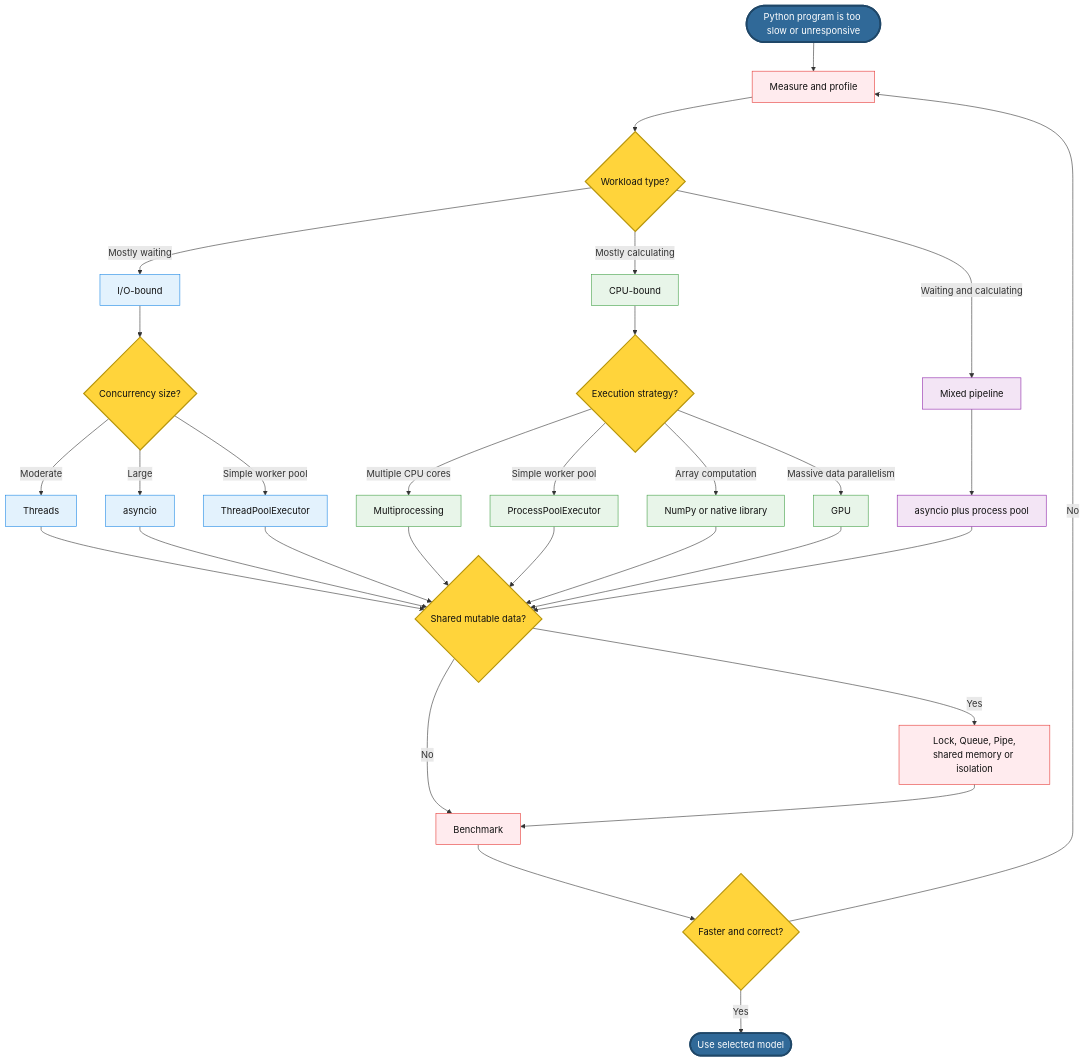
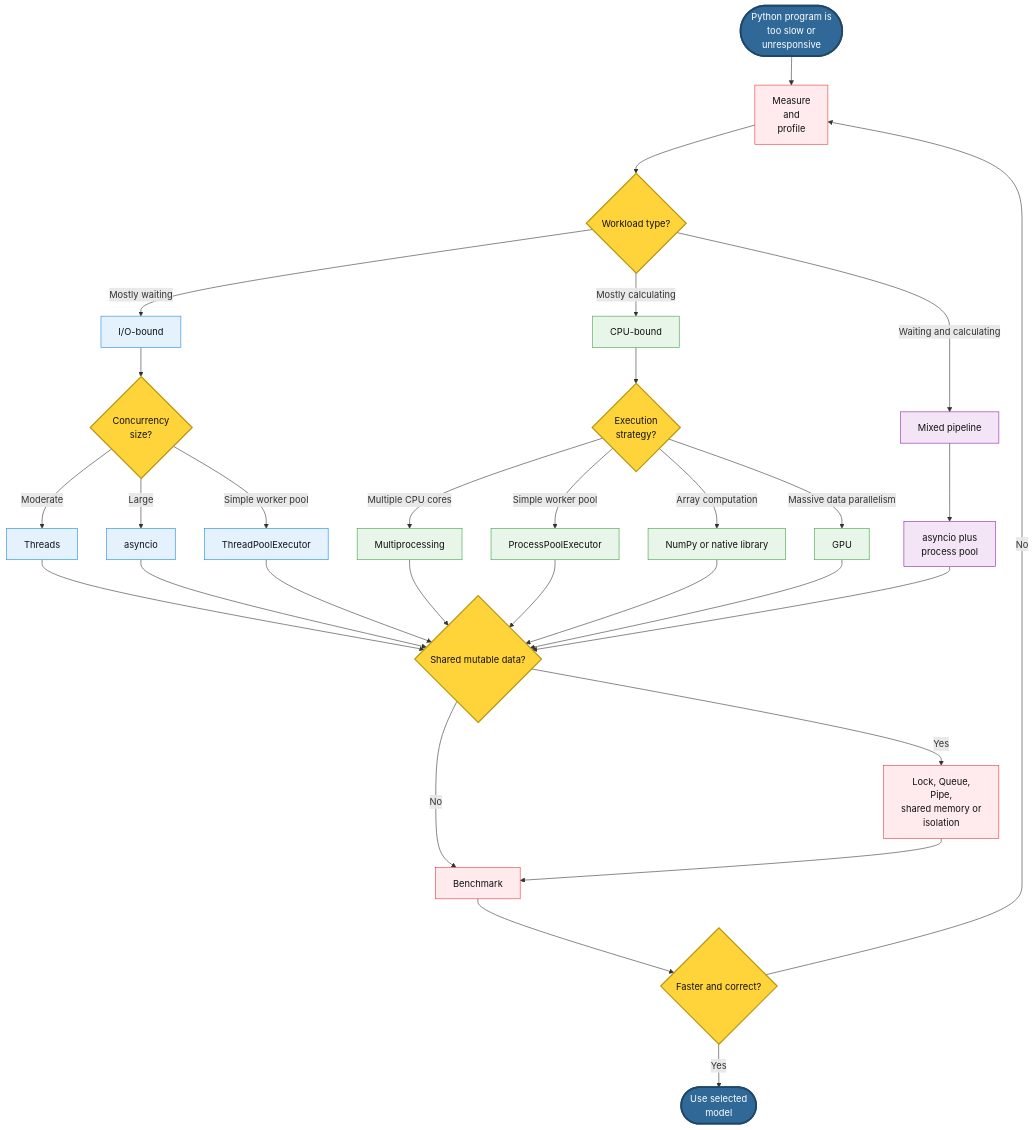
The second of 2 diagrams in README.md (cybersecurity-dev/awesome-parallel-computation), drawn with Mermaid before and after one commit.

Commit message:
++small fix

````diff
--- a/README.md
+++ b/README.md
@@ -158,58 +158,58 @@
 ```mermaid
 flowchart TD
-    START(["Python program is too slow or unresponsive"])
+    START(["Python program is<br/>too slow or<br/>unresponsive"])
 
-    START --> PROFILE["Measure and profile"]
+    START --> PROFILE["Measure<br/>and<br/>profile"]
     PROFILE --> TYPE{"Workload type?"}
 
     TYPE -->|"Mostly waiting"| IO["I/O-bound"]
     TYPE -->|"Mostly calculating"| CPU["CPU-bound"]
     TYPE -->|"Waiting and calculating"| MIXED["Mixed pipeline"]
 
-    IO --> AMOUNT{"Concurrency size?"}
+    IO --> AMOUNT{"Concurrency<br/>size?"}
     AMOUNT -->|"Moderate"| THREAD["Threads"]
     AMOUNT -->|"Large"| ASYNC["asyncio"]
     AMOUNT -->|"Simple worker pool"| TPOOL["ThreadPoolExecutor"]
 
-    CPU --> CPUCHOICE{"Execution strategy?"}
+    CPU --> CPUCHOICE{"Execution<br/>strategy?"}
     CPUCHOICE -->|"Multiple CPU cores"| PROCESS["Multiprocessing"]
     CPUCHOICE -->|"Simple worker pool"| PPOOL["ProcessPoolExecutor"]
     CPUCHOICE -->|"Array computation"| NUMPY["NumPy or native library"]
     CPUCHOICE -->|"Massive data parallelism"| GPU["GPU"]
 
-    MIXED --> PIPE["asyncio plus process pool"]
+    MIXED --> PIPE["asyncio plus<br/>process pool"]
 
     THREAD --> CHECK
     ASYNC --> CHECK
     TPOOL --> CHECK
     PROCESS --> CHECK
     PPOOL --> CHECK
     NUMPY --> CHECK
     GPU --> CHECK
     PIPE --> CHECK
 
     CHECK{"Shared mutable data?"}
 
-    CHECK -->|"Yes"| SYNC["Lock, Queue, Pipe,<br/>shared memory or isolation"]
+    CHECK -->|"Yes"| SYNC["Lock, Queue,<br/>Pipe,<br/>shared memory or<br/>isolation"]
     CHECK -->|"No"| BENCH["Benchmark"]
 
     SYNC --> BENCH
     BENCH --> RESULT{"Faster and correct?"}
 
     RESULT -->|"No"| PROFILE
-    RESULT -->|"Yes"| END(["Use selected model"])
+    RESULT -->|"Yes"| END(["Use selected<br/>model"])
 
     classDef terminal fill:#306998,color:#fff,stroke:#1f4768,stroke-width:3px
     classDef decision fill:#ffd43b,color:#111,stroke:#b7950b,stroke-width:2px
     classDef io fill:#e3f2fd,color:#111,stroke:#1e88e5
     classDef cpu fill:#e8f5e9,color:#111,stroke:#43a047
     classDef mixed fill:#f3e5f5,color:#111,stroke:#8e24aa
     classDef safety fill:#ffebee,color:#111,stroke:#e53935
 
     class START,END terminal
     class TYPE,AMOUNT,CPUCHOICE,CHECK,RESULT decision
     class IO,THREAD,ASYNC,TPOOL io
     class CPU,PROCESS,PPOOL,NUMPY,GPU cpu
     class MIXED,PIPE mixed
     class SYNC,BENCH,PROFILE safety
 ```
````
